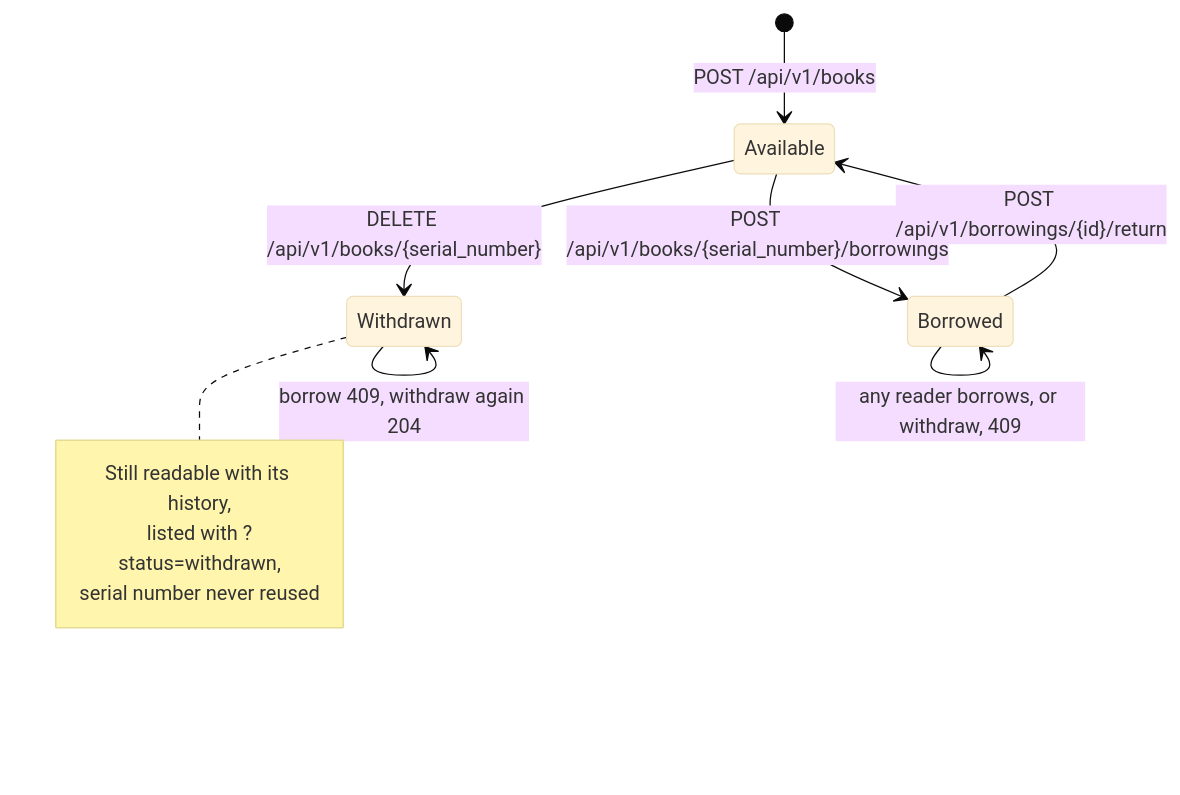
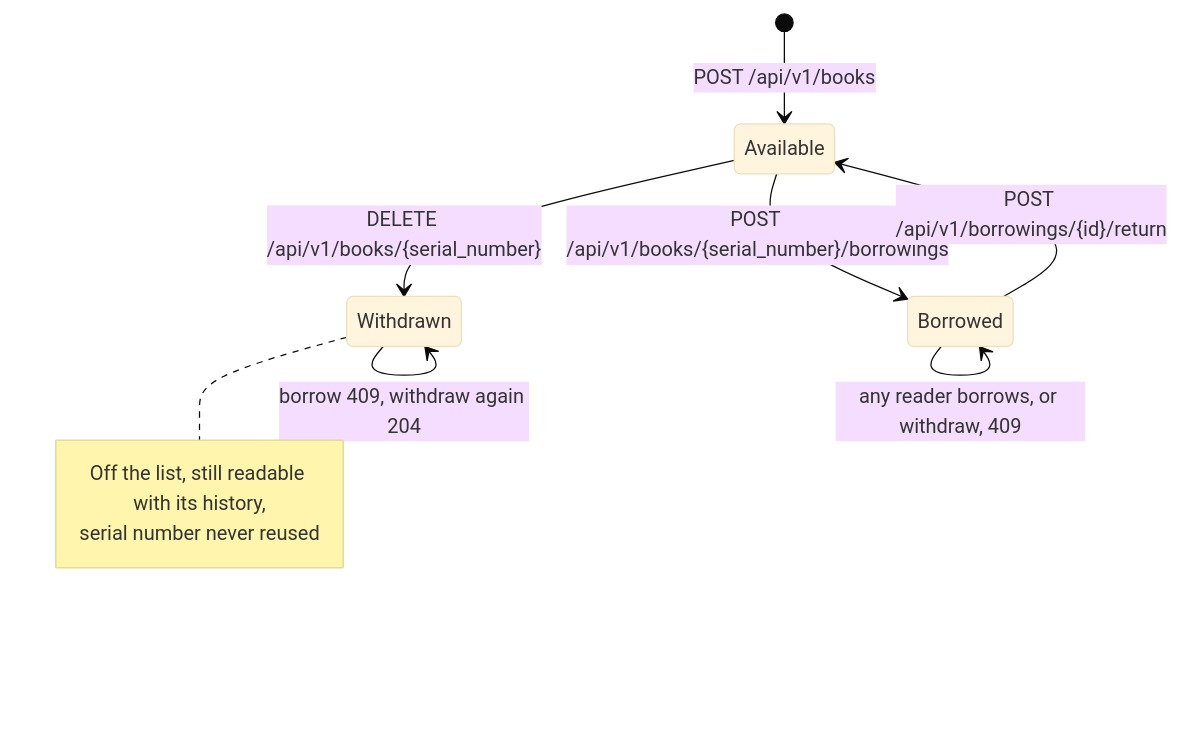
One commit to bbronek/bookcase-api changed the fourth of 6 diagrams in docs/diagrams.md. Above: the diagram before and after it, drawn with Mermaid (base theme). The commit also changed other lines of this file and 25 other files, not shown here.

Commit message:
refactor(api)!: drop the reader list, the book status filter and the liveness probe

````diff
--- a/docs/diagrams.md
+++ b/docs/diagrams.md
@@ -115,15 +115,14 @@
 ```mermaid
 stateDiagram-v2
     [*] --> Available: POST /api/v1/books
     Available --> Borrowed: POST /api/v1/books/{serial_number}/borrowings
     Borrowed --> Available: POST /api/v1/borrowings/{id}/return
     Available --> Withdrawn: DELETE /api/v1/books/{serial_number}
     Borrowed --> Borrowed: any reader borrows, or withdraw, 409
     Withdrawn --> Withdrawn: borrow 409, withdraw again 204
 
     note right of Withdrawn
-        Still readable with its history,
-        listed with ?status=withdrawn,
+        Off the list, still readable with its history,
         serial number never reused
     end note
 ```
````
